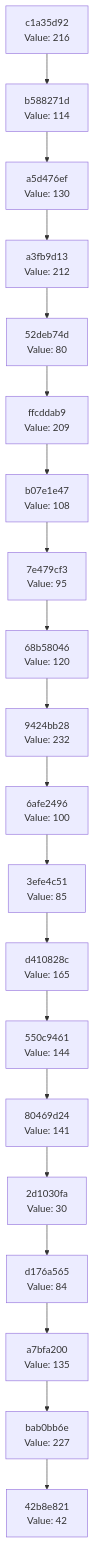
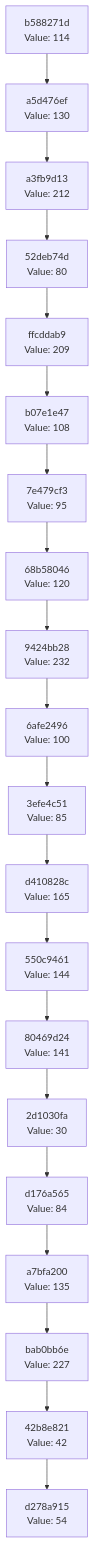
Before and after one commit to Abhisheksinha1506/hash-chain-evolver: the diagram in docs/CHAIN_VISUALIZATION.md, drawn with Mermaid. The commit also changed 3 other files, not shown here.

````diff
--- a/docs/CHAIN_VISUALIZATION.md
+++ b/docs/CHAIN_VISUALIZATION.md
@@ -3,42 +3,42 @@
 ```mermaid
 graph TD
-    C0["42b8e821<br/>Value: 42"]
-    C1["bab0bb6e<br/>Value: 227"]
+    C0["d278a915<br/>Value: 54"]
+    C1["42b8e821<br/>Value: 42"]
     C1 --> C0
-    C2["a7bfa200<br/>Value: 135"]
+    C2["bab0bb6e<br/>Value: 227"]
     C2 --> C1
-    C3["d176a565<br/>Value: 84"]
+    C3["a7bfa200<br/>Value: 135"]
     C3 --> C2
-    C4["2d1030fa<br/>Value: 30"]
+    C4["d176a565<br/>Value: 84"]
     C4 --> C3
-    C5["80469d24<br/>Value: 141"]
+    C5["2d1030fa<br/>Value: 30"]
     C5 --> C4
-    C6["550c9461<br/>Value: 144"]
+    C6["80469d24<br/>Value: 141"]
     C6 --> C5
-    C7["d410828c<br/>Value: 165"]
+    C7["550c9461<br/>Value: 144"]
     C7 --> C6
-    C8["3efe4c51<br/>Value: 85"]
+    C8["d410828c<br/>Value: 165"]
     C8 --> C7
-    C9["6afe2496<br/>Value: 100"]
+    C9["3efe4c51<br/>Value: 85"]
     C9 --> C8
-    C10["9424bb28<br/>Value: 232"]
+    C10["6afe2496<br/>Value: 100"]
     C10 --> C9
-    C11["68b58046<br/>Value: 120"]
+    C11["9424bb28<br/>Value: 232"]
     C11 --> C10
-    C12["7e479cf3<br/>Value: 95"]
+    C12["68b58046<br/>Value: 120"]
     C12 --> C11
-    C13["b07e1e47<br/>Value: 108"]
+    C13["7e479cf3<br/>Value: 95"]
     C13 --> C12
-    C14["ffcddab9<br/>Value: 209"]
+    C14["b07e1e47<br/>Value: 108"]
     C14 --> C13
-    C15["52deb74d<br/>Value: 80"]
+    C15["ffcddab9<br/>Value: 209"]
     C15 --> C14
-    C16["a3fb9d13<br/>Value: 212"]
+    C16["52deb74d<br/>Value: 80"]
     C16 --> C15
-    C17["a5d476ef<br/>Value: 130"]
+    C17["a3fb9d13<br/>Value: 212"]
     C17 --> C16
-    C18["b588271d<br/>Value: 114"]
+    C18["a5d476ef<br/>Value: 130"]
     C18 --> C17
-    C19["c1a35d92<br/>Value: 216"]
+    C19["b588271d<br/>Value: 114"]
     C19 --> C18
 ```
````
